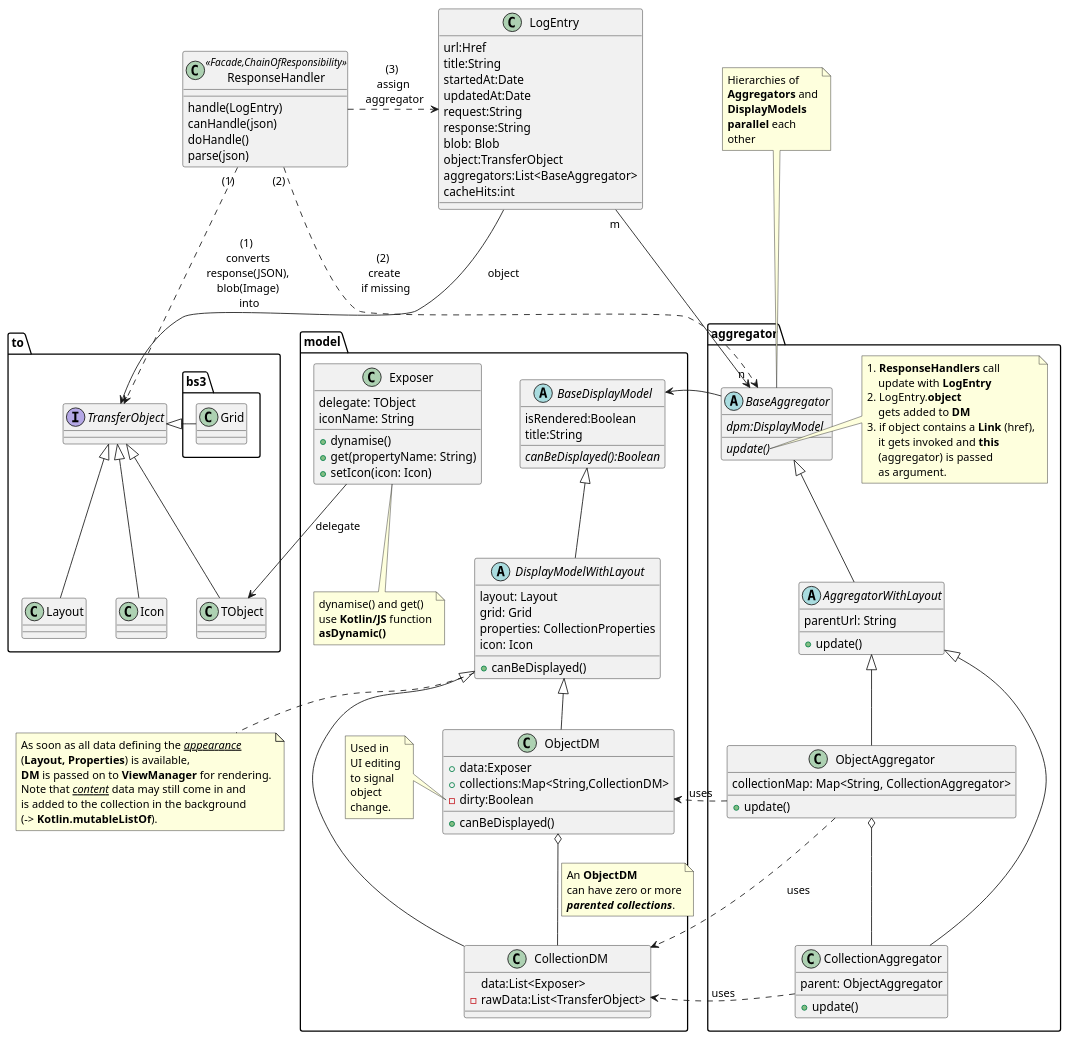
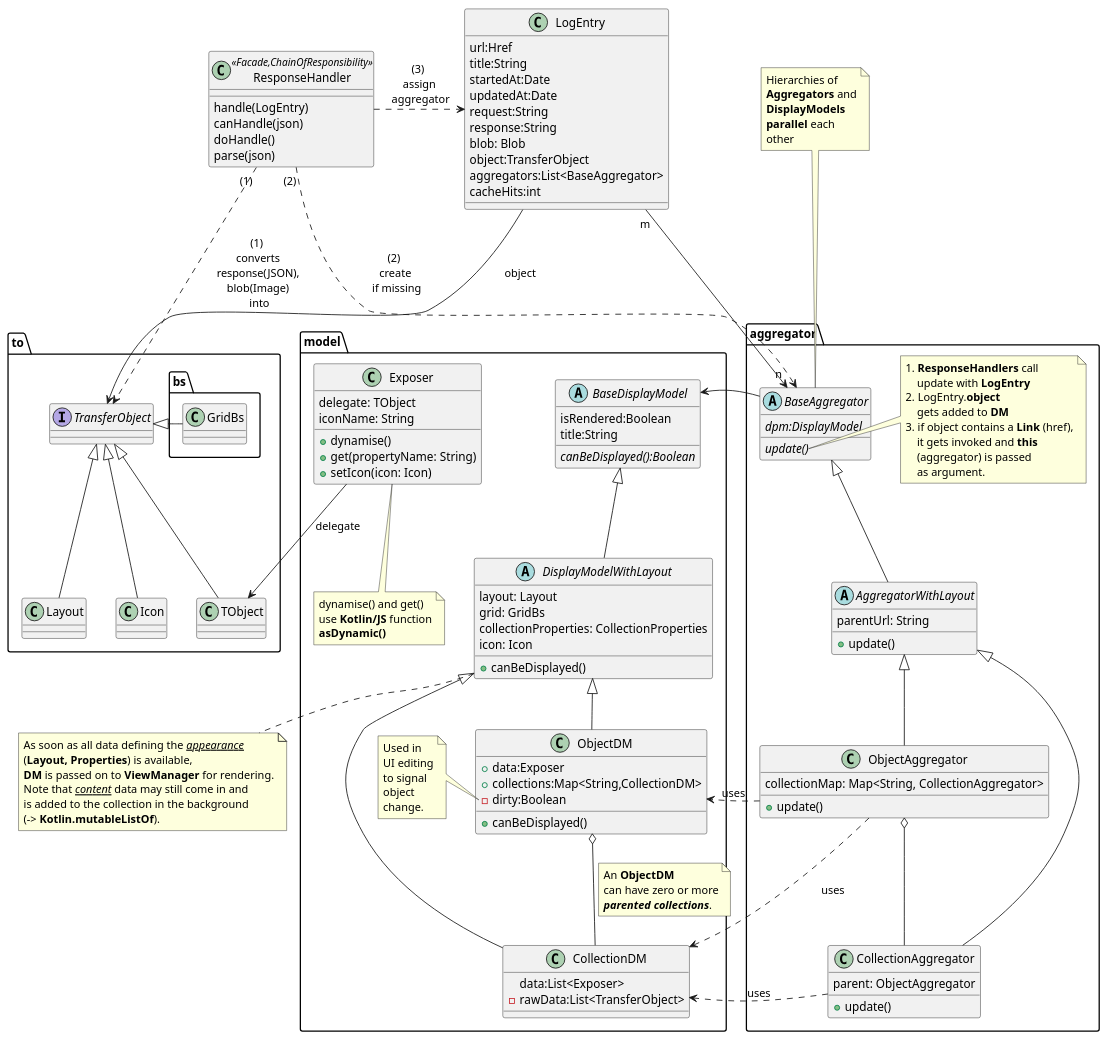
The diagram in incubator/clients/kroviz/adoc/modules/kroviz/partials/design/class-diagram_aggregator.adoc (apache/causeway), drawn with PlantUML before and after one commit. The commit also changed 37 other files, not shown here.

```diff
--- a/incubator/clients/kroviz/adoc/modules/kroviz/partials/design/class-diagram_aggregator.adoc
+++ b/incubator/clients/kroviz/adoc/modules/kroviz/partials/design/class-diagram_aggregator.adoc
@@ -31,10 +31,10 @@
     TransferObject <|-- TObject
     TransferObject <|-- Icon
 
-    package "bs3" {
-        class Grid{}
+    package "bs" {
+        class GridBs{}
     }
-    TransferObject <|- Grid
+    TransferObject <|- GridBs
 }
 
 package "aggregator" {
@@ -98,8 +98,8 @@
 
     abstract class DisplayModelWithLayout {
         layout: Layout
-        grid: Grid
-        properties: CollectionProperties
+        grid: GridBs
+        collectionProperties: CollectionProperties
         icon: Icon
         + canBeDisplayed()
     }
```
